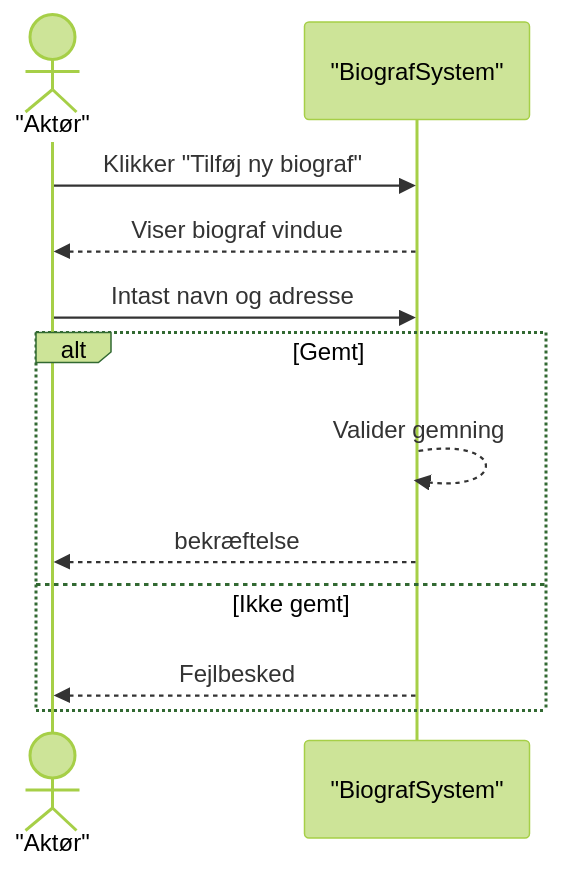
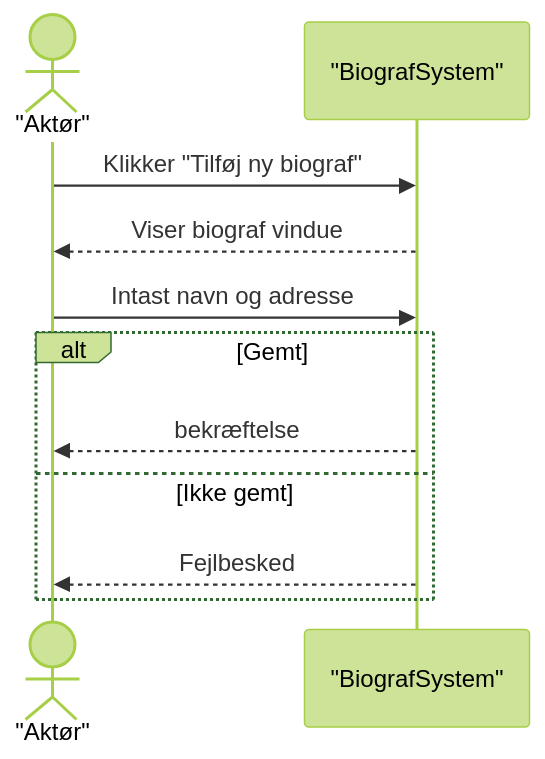
The diagram in docs/SSD S2 UC1.mmd (DMOoF25/TheMovie), drawn with Mermaid (forest theme) before and after one commit.

Commit message:
Update SSD S2 UC1.mmd

```diff
--- a/docs/SSD S2 UC1.mmd
+++ b/docs/SSD S2 UC1.mmd
@@ -1,16 +1,16 @@
 sequenceDiagram
     actor JensPeter as "Aktør"
     participant System as "BiografSystem"
 
     JensPeter->>System: Klikker "Tilføj ny biograf"
     System-->>JensPeter: Viser biograf vindue
 
     JensPeter->>System: Intast navn og adresse 
     
     
     alt Gemt
-        System-->>System: Valider gemning
+        
         System-->>JensPeter: bekræftelse
     else Ikke gemt
         System-->>JensPeter: Fejlbesked
     end
```
